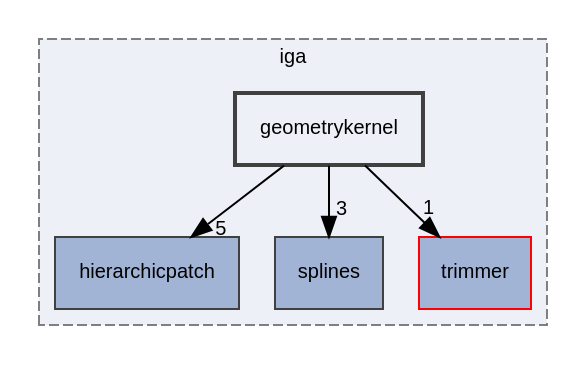
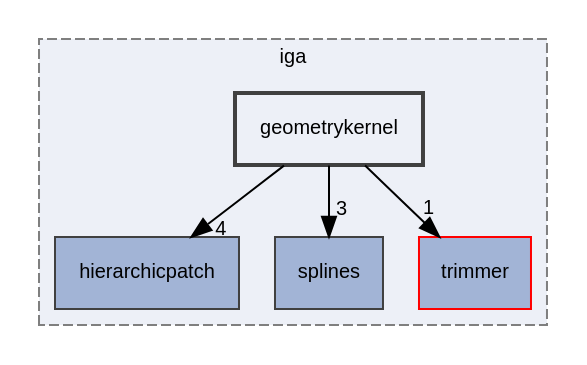
One commit to rath3t/dune-iga-doc changed the diagram in dir_98571e7345f7327fea7723ec1a12d870_dep.dot. Above: the diagram before and after it, drawn with Graphviz. The commit also changed 1253 other files, not shown here.

```diff
--- a/dir_98571e7345f7327fea7723ec1a12d870_dep.dot
+++ b/dir_98571e7345f7327fea7723ec1a12d870_dep.dot
@@ -1,17 +1,17 @@
 digraph "geometrykernel"
 {
  // LATEX_PDF_SIZE
   edge [fontname="Helvetica",fontsize="10",labelfontname="Helvetica",labelfontsize="10"];
   node [fontname="Helvetica",fontsize="10",shape=record];
   compound=true
   subgraph clusterdir_d2a3c23294a1b1015b1b8e8721ddded8 {
     graph [ bgcolor="#edf0f7", pencolor="grey50", style="filled,dashed,", label="iga", fontname="Helvetica", fontsize="10", URL="dir_d2a3c23294a1b1015b1b8e8721ddded8.html"]
   dir_12fc9e68aad46ae2d80ba50ef1c96d76 [shape=box, label="hierarchicpatch", style="filled,", fillcolor="#a2b4d6", color="grey25", URL="dir_12fc9e68aad46ae2d80ba50ef1c96d76.html"];
   dir_479b904809ee7734e338128330b60cdb [shape=box, label="splines", style="filled,", fillcolor="#a2b4d6", color="grey25", URL="dir_479b904809ee7734e338128330b60cdb.html"];
   dir_7d0c370ab440c4b4f78419bfc8c93eb8 [shape=box, label="trimmer", style="filled,", fillcolor="#a2b4d6", color="red", URL="dir_7d0c370ab440c4b4f78419bfc8c93eb8.html"];
   dir_98571e7345f7327fea7723ec1a12d870 [shape=box, label="geometrykernel", style="filled,bold,", fillcolor="#edf0f7", color="grey25", URL="dir_98571e7345f7327fea7723ec1a12d870.html"];
   }
-  dir_98571e7345f7327fea7723ec1a12d870->dir_12fc9e68aad46ae2d80ba50ef1c96d76 [headlabel="5", labeldistance=1.5 headhref="dir_000006_000007.html"];
+  dir_98571e7345f7327fea7723ec1a12d870->dir_12fc9e68aad46ae2d80ba50ef1c96d76 [headlabel="4", labeldistance=1.5 headhref="dir_000006_000007.html"];
   dir_98571e7345f7327fea7723ec1a12d870->dir_479b904809ee7734e338128330b60cdb [headlabel="3", labeldistance=1.5 headhref="dir_000006_000017.html"];
   dir_98571e7345f7327fea7723ec1a12d870->dir_7d0c370ab440c4b4f78419bfc8c93eb8 [headlabel="1", labeldistance=1.5 headhref="dir_000006_000019.html"];
 }
```
